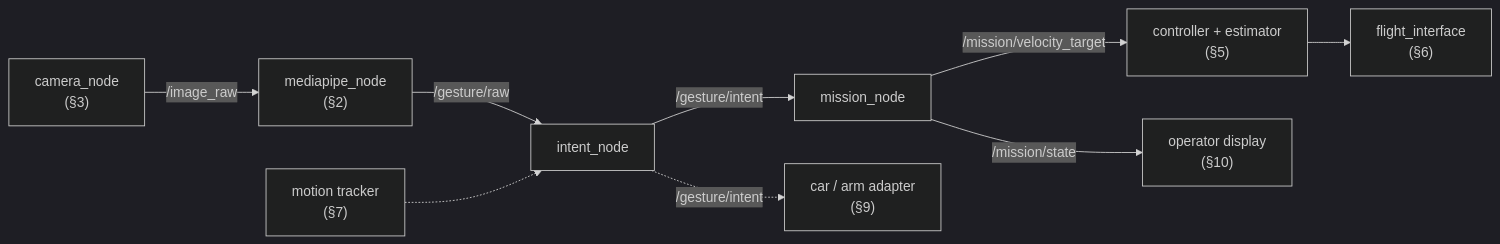
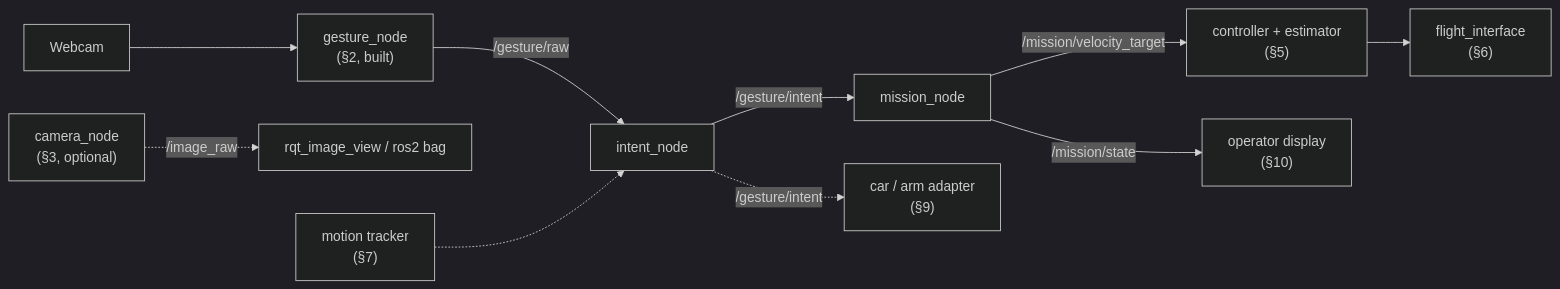
One commit to SEAME-pt/SEA-ME_Team1_ROSRangers changed the first of 2 diagrams in docs/PraticalPlan/06 Gestures/05 Future Nodes.md. Above: the diagram before and after it, drawn with Mermaid (dark theme). The commit also changed other lines of this file and 25 other files, not shown here.

Commit message:
New gesture node

````diff
--- a/docs/PraticalPlan/06 Gestures/05 Future Nodes.md
+++ b/docs/PraticalPlan/06 Gestures/05 Future Nodes.md
@@ -24,11 +24,12 @@
 ```mermaid
 flowchart LR
-  CAM["camera_node<br/>(§3)"] -->|/image_raw| MP["mediapipe_node<br/>(§2)"]
+  W[Webcam] --> MP["gesture_node<br/>(§2, built)"]
+  CAM["camera_node<br/>(§3, optional)"] -.->|/image_raw| UI2["rqt_image_view / ros2 bag"]
   MP -->|/gesture/raw| GN[intent_node]
   MT["motion tracker<br/>(§7)"] -.-> GN
   GN -->|/gesture/intent| MN[mission_node]
   GN -.->|/gesture/intent| AD["car / arm adapter<br/>(§9)"]
   MN -->|/mission/velocity_target| CTL["controller + estimator<br/>(§5)"]
   CTL --> FI["flight_interface<br/>(§6)"]
   MN -->|/mission/state| UI["operator display<br/>(§10)"]
 ```
````
